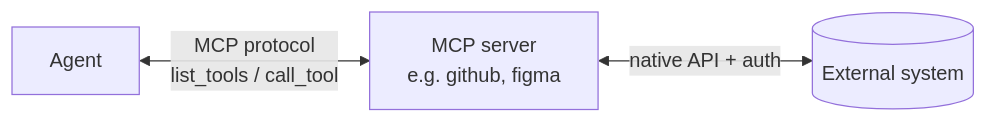
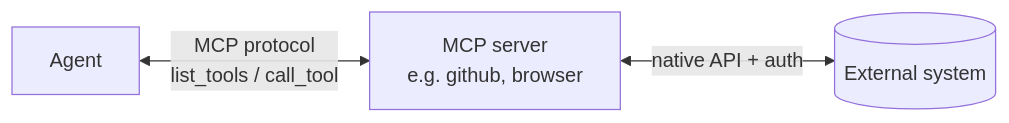
The sixth of 15 diagrams in harness-templates/ANATOMY.md (kingler/agentic-harness-engineering), drawn with Mermaid before and after one commit. The commit also changed 86 other files, not shown here.

````diff
--- a/harness-templates/ANATOMY.md
+++ b/harness-templates/ANATOMY.md
@@ -114,5 +114,5 @@
 ```mermaid
 flowchart LR
-    Agent <-->|MCP protocol<br/>list_tools / call_tool| Server[MCP server<br/>e.g. github, figma]
+    Agent <-->|MCP protocol<br/>list_tools / call_tool| Server[MCP server<br/>e.g. github, browser]
     Server <-->|native API + auth| External[(External system)]
 ```
````
